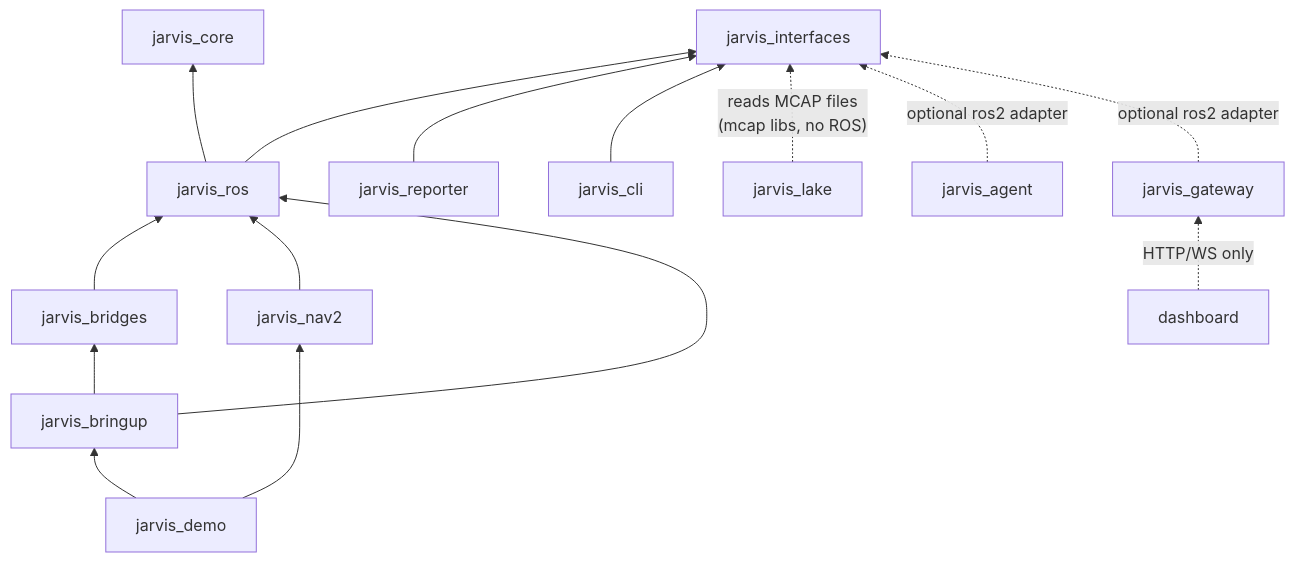
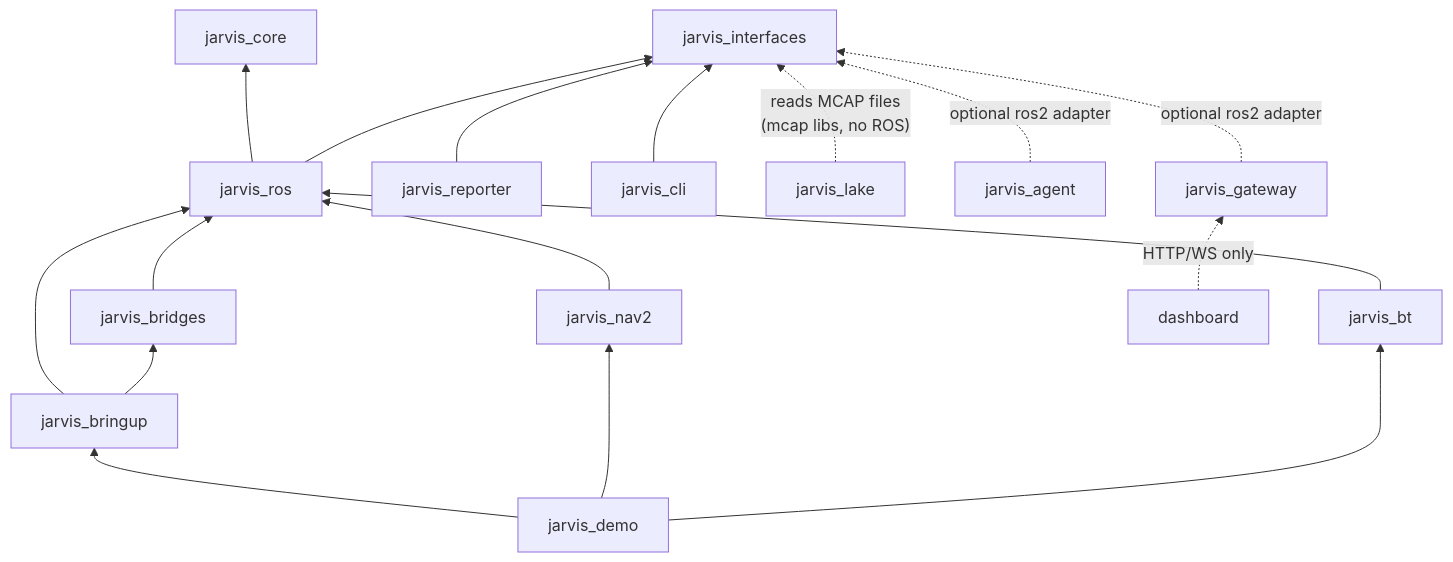
One commit to guilyx/jarvis_ros2 changed the third of 4 diagrams in docs/design/02-architecture.md. Above: the diagram before and after it, drawn with Mermaid. The commit also changed other lines of this file and 29 other files, not shown here.

First line of the commit message:
Behavior trees: bt.run and Jarvis BT nodes (roadmap 8.7)

````diff
--- a/docs/design/02-architecture.md
+++ b/docs/design/02-architecture.md
@@ -151,19 +152,21 @@
 ```mermaid
 flowchart BT
   core["jarvis_core"]
   ifc["jarvis_interfaces"]
   ros["jarvis_ros"] --> core
   ros --> ifc
   br["jarvis_bridges"] --> ros
   nav["jarvis_nav2"] --> ros
+  bt["jarvis_bt"] --> ros
   rep["jarvis_reporter"] --> ifc
   cli["jarvis_cli"] --> ifc
   bring["jarvis_bringup"] --> ros
   bring --> br
   demo["jarvis_demo"] --> bring
   demo --> nav
+  demo --> bt
   lake["jarvis_lake"] -. "reads MCAP files<br/>(mcap libs, no ROS)" .-> ifc
   agent["jarvis_agent"] -. "optional ros2 adapter" .-> ifc
   gw["jarvis_gateway"] -. "optional ros2 adapter" .-> ifc
   ui["dashboard"] -. "HTTP/WS only" .-> gw
 ```
````
